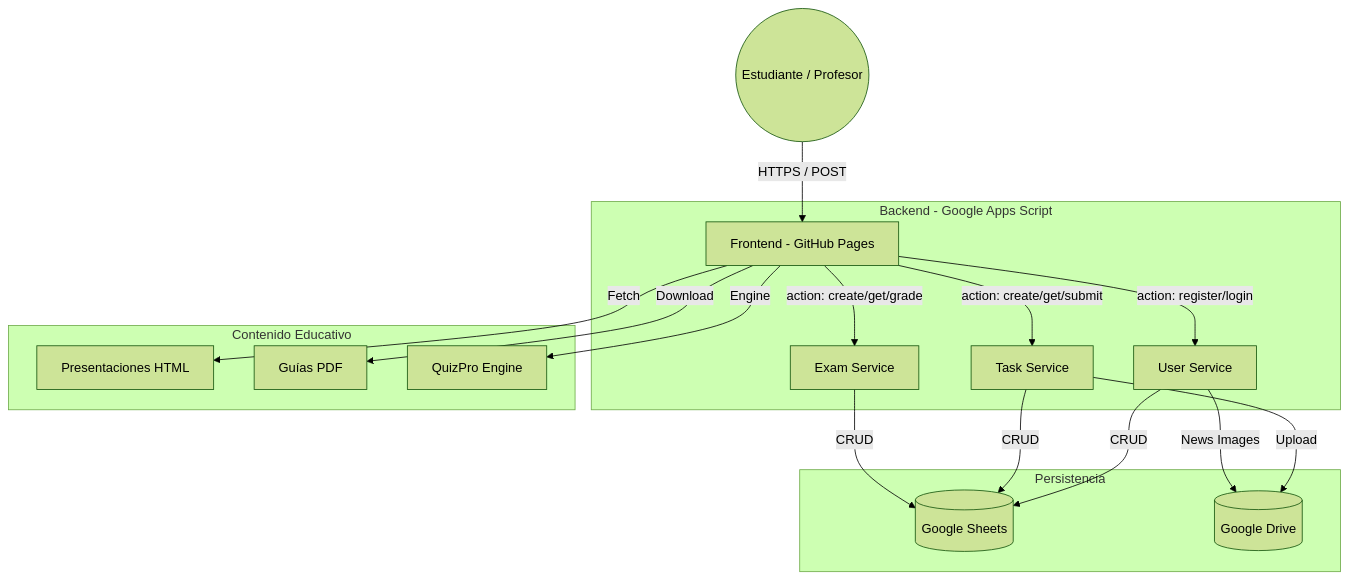
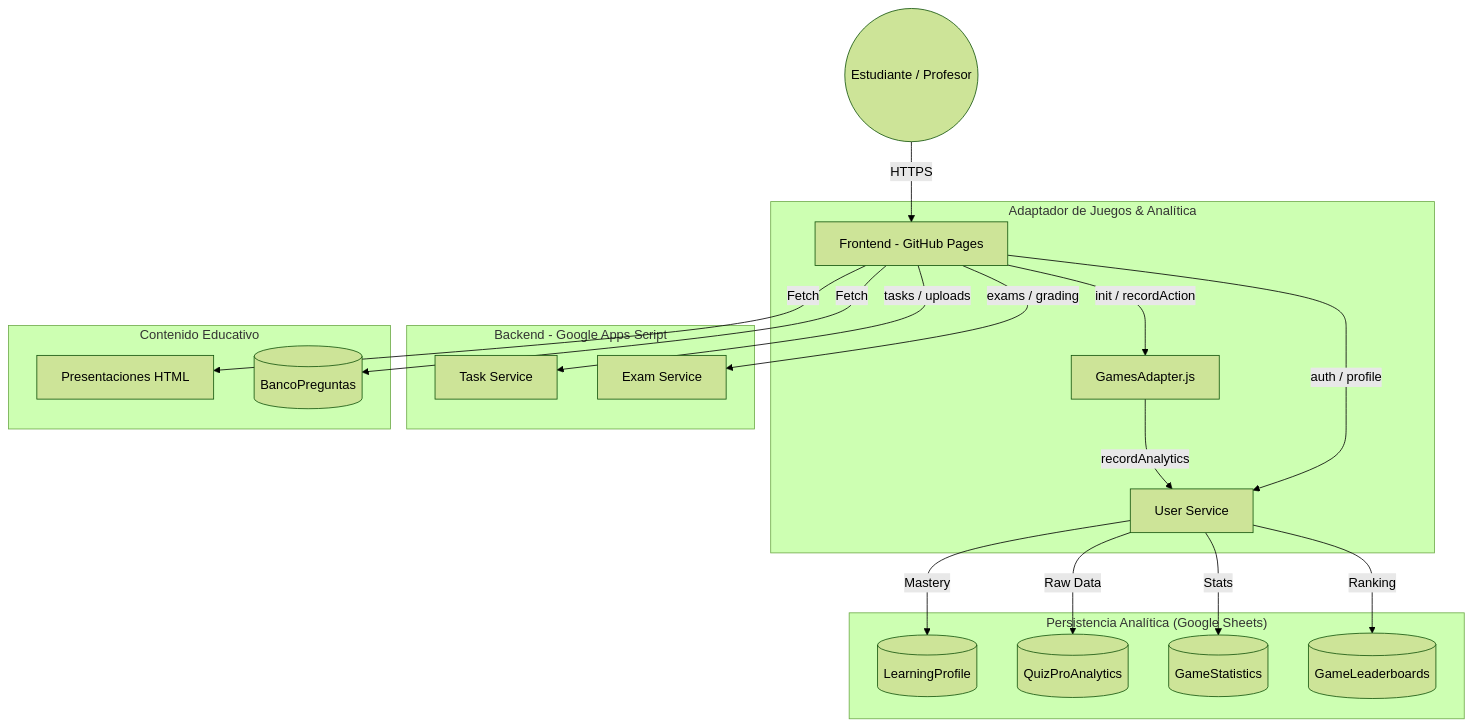
The diagram in README.md (Informatica0101/IMA-Informatica), drawn with Mermaid (forest theme) before and after one commit. The commit also changed other lines of this file and 11 other files, not shown here.

````diff
--- a/README.md
+++ b/README.md
@@ -17,24 +17,27 @@
 ```mermaid
 graph TD
-    User((Estudiante / Profesor)) -->|HTTPS / POST| Frontend[Frontend - GitHub Pages]
+    User((Estudiante / Profesor)) -->|HTTPS| Frontend[Frontend - GitHub Pages]
+
+    subgraph "Adaptador de Juegos & Analítica"
+        Frontend -->|init / recordAction| GA[GamesAdapter.js]
+        GA -->|recordAnalytics| US[User Service]
+    end
 
     subgraph "Backend - Google Apps Script"
-        Frontend -->|action: register/login| US[User Service]
-        Frontend -->|action: create/get/submit| TS[Task Service]
-        Frontend -->|action: create/get/grade| ES[Exam Service]
+        Frontend -->|auth / profile| US
+        Frontend -->|tasks / uploads| TS[Task Service]
+        Frontend -->|exams / grading| ES[Exam Service]
     end
 
-    subgraph "Persistencia"
-        US -->|CRUD| DB[(Google Sheets)]
-        TS -->|CRUD| DB
-        ES -->|CRUD| DB
-        TS -->|Upload| Drive[(Google Drive)]
-        US -->|News Images| Drive
+    subgraph "Persistencia Analítica (Google Sheets)"
+        US -->|Mastery| LP[(LearningProfile)]
+        US -->|Raw Data| QA[(QuizProAnalytics)]
+        US -->|Stats| GS[(GameStatistics)]
+        US -->|Ranking| GL[(GameLeaderboards)]
     end
 
     subgraph "Contenido Educativo"
         Frontend -->|Fetch| HTML[Presentaciones HTML]
-        Frontend -->|Download| PDF[Guías PDF]
-        Frontend -->|Engine| QuizPro[QuizPro Engine]
+        Frontend -->|Fetch| BANK[(BancoPreguntas)]
     end
 ```
````
